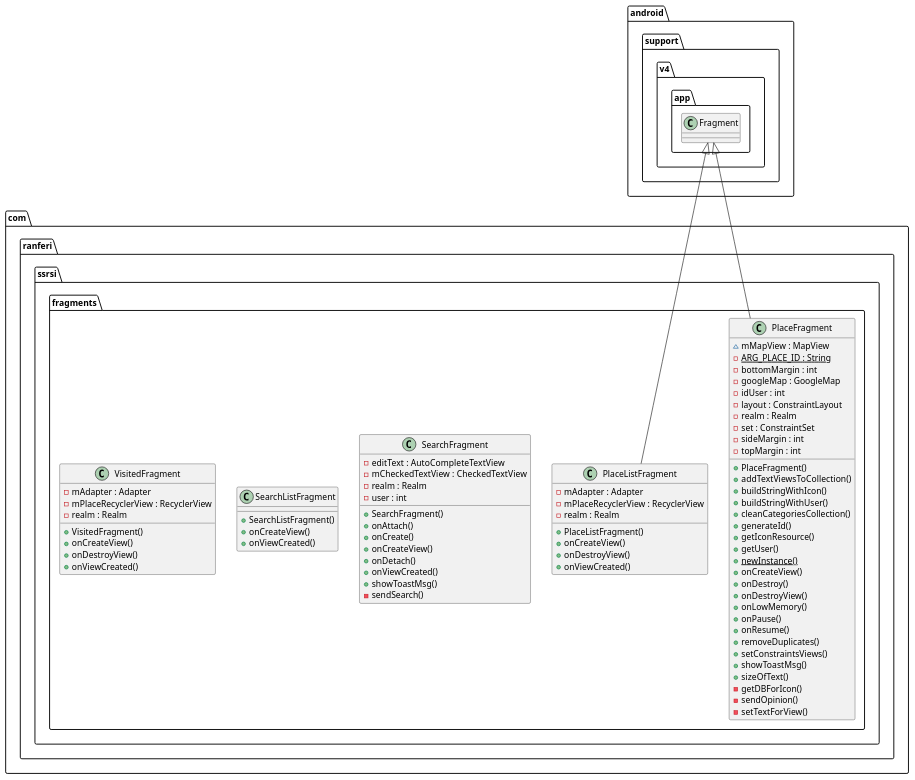
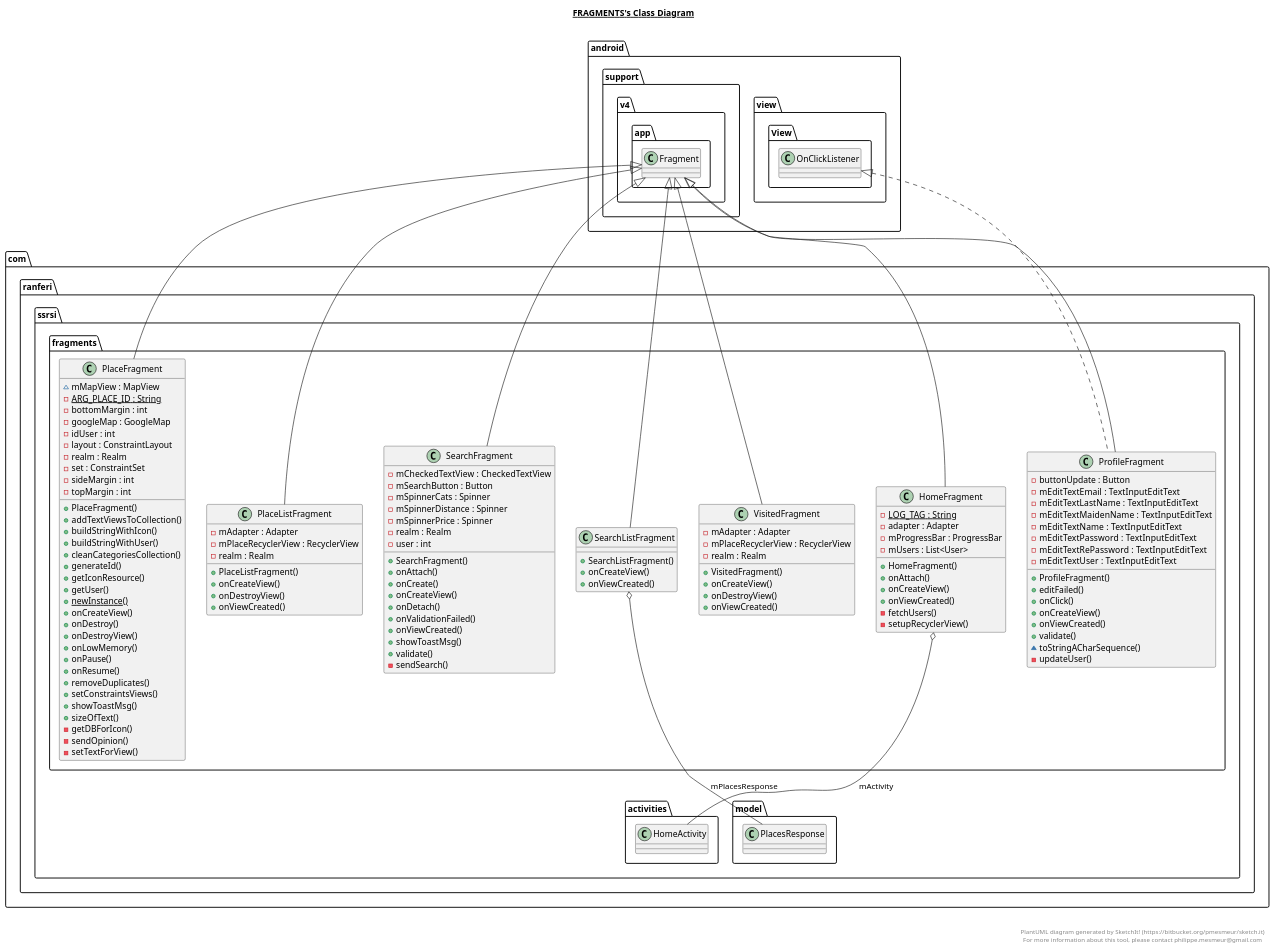
Before and after one commit to ranferi/RetrofitExample: the diagram in app/src/main/java/com/ranferi/ssrsi/fragments/fragments.plantuml, drawn with PlantUML. The commit also changed 5 other files, not shown here.

```diff
--- a/app/src/main/java/com/ranferi/ssrsi/fragments/fragments.plantuml
+++ b/app/src/main/java/com/ranferi/ssrsi/fragments/fragments.plantuml
@@ -1,159 +1,172 @@
 @startuml
 
-/'  namespace com.ranferi.ssrsi {
+title __FRAGMENTS's Class Diagram__\n
+
+  namespace com.ranferi.ssrsi {
     namespace fragments {
       class com.ranferi.ssrsi.fragments.HomeFragment {
           {static} - LOG_TAG : String
           - adapter : Adapter
           - mProgressBar : ProgressBar
           - mUsers : List<User>
           + HomeFragment()
           + onAttach()
           + onCreateView()
           + onViewCreated()
           - fetchUsers()
           - setupRecyclerView()
       }
     }
   }
-  '/
+  
 
   namespace com.ranferi.ssrsi {
     namespace fragments {
       class com.ranferi.ssrsi.fragments.PlaceFragment {
           ~ mMapView : MapView
           {static} - ARG_PLACE_ID : String
           - bottomMargin : int
           - googleMap : GoogleMap
           - idUser : int
           - layout : ConstraintLayout
           - realm : Realm
           - set : ConstraintSet
           - sideMargin : int
           - topMargin : int
           + PlaceFragment()
           + addTextViewsToCollection()
           + buildStringWithIcon()
           + buildStringWithUser()
           + cleanCategoriesCollection()
           + generateId()
           + getIconResource()
           + getUser()
           {static} + newInstance()
           + onCreateView()
           + onDestroy()
           + onDestroyView()
           + onLowMemory()
           + onPause()
           + onResume()
           + removeDuplicates()
           + setConstraintsViews()
           + showToastMsg()
           + sizeOfText()
           - getDBForIcon()
           - sendOpinion()
           - setTextForView()
       }
     }
   }
   
 
   namespace com.ranferi.ssrsi {
     namespace fragments {
       class com.ranferi.ssrsi.fragments.PlaceListFragment {
           - mAdapter : Adapter
           - mPlaceRecyclerView : RecyclerView
           - realm : Realm
           + PlaceListFragment()
           + onCreateView()
           + onDestroyView()
           + onViewCreated()
       }
     }
   }
   
 
-  /'namespace com.ranferi.ssrsi {
+  namespace com.ranferi.ssrsi {
     namespace fragments {
       class com.ranferi.ssrsi.fragments.ProfileFragment {
           - buttonUpdate : Button
           - mEditTextEmail : TextInputEditText
           - mEditTextLastName : TextInputEditText
           - mEditTextMaidenName : TextInputEditText
           - mEditTextName : TextInputEditText
           - mEditTextPassword : TextInputEditText
           - mEditTextRePassword : TextInputEditText
           - mEditTextUser : TextInputEditText
           + ProfileFragment()
           + editFailed()
           + onClick()
           + onCreateView()
           + onViewCreated()
           + validate()
           ~ toStringACharSequence()
           - updateUser()
       }
     }
-  }'/
+  }
   
 
   namespace com.ranferi.ssrsi {
     namespace fragments {
       class com.ranferi.ssrsi.fragments.SearchFragment {
-          - editText : AutoCompleteTextView
           - mCheckedTextView : CheckedTextView
+          - mSearchButton : Button
+          - mSpinnerCats : Spinner
+          - mSpinnerDistance : Spinner
+          - mSpinnerPrice : Spinner
           - realm : Realm
           - user : int
           + SearchFragment()
           + onAttach()
           + onCreate()
           + onCreateView()
           + onDetach()
+          + onValidationFailed()
           + onViewCreated()
           + showToastMsg()
+          + validate()
           - sendSearch()
       }
     }
   }
   
 
   namespace com.ranferi.ssrsi {
     namespace fragments {
       class com.ranferi.ssrsi.fragments.SearchListFragment {
           + SearchListFragment()
           + onCreateView()
           + onViewCreated()
       }
     }
   }
   
 
   namespace com.ranferi.ssrsi {
     namespace fragments {
       class com.ranferi.ssrsi.fragments.VisitedFragment {
           - mAdapter : Adapter
           - mPlaceRecyclerView : RecyclerView
           - realm : Realm
           + VisitedFragment()
           + onCreateView()
           + onDestroyView()
           + onViewCreated()
       }
     }
   }
   
 
-  /'com.ranferi.ssrsi.fragments.HomeFragment -up-|> android.support.v4.app.Fragment
-  com.ranferi.ssrsi.fragments.HomeFragment o-- com.ranferi.ssrsi.activities.HomeActivity : mActivity'/
+  com.ranferi.ssrsi.fragments.HomeFragment -up-|> android.support.v4.app.Fragment
+  com.ranferi.ssrsi.fragments.HomeFragment o-- com.ranferi.ssrsi.activities.HomeActivity : mActivity
   com.ranferi.ssrsi.fragments.PlaceFragment -up-|> android.support.v4.app.Fragment
   com.ranferi.ssrsi.fragments.PlaceListFragment -up-|> android.support.v4.app.Fragment
-  /'com.ranferi.ssrsi.fragments.ProfileFragment .up.|> android.view.View.OnClickListener
+  com.ranferi.ssrsi.fragments.ProfileFragment .up.|> android.view.View.OnClickListener
   com.ranferi.ssrsi.fragments.ProfileFragment -up-|> android.support.v4.app.Fragment
-  '/com.ranferi.ssrsi.fragments.SearchFragment -up-|> android.support.v4.app.Fragment
-
+  com.ranferi.ssrsi.fragments.SearchFragment -up-|> android.support.v4.app.Fragment
   com.ranferi.ssrsi.fragments.SearchListFragment -up-|> android.support.v4.app.Fragment
   com.ranferi.ssrsi.fragments.SearchListFragment o-- com.ranferi.ssrsi.model.PlacesResponse : mPlacesResponse
   com.ranferi.ssrsi.fragments.VisitedFragment -up-|> android.support.v4.app.Fragment
 
 
+right footer
+
+
+PlantUML diagram generated by SketchIt! (https://bitbucket.org/pmesmeur/sketch.it)
+For more information about this tool, please contact philippe.mesmeur@gmail.com
+endfooter
+
 @enduml
```
